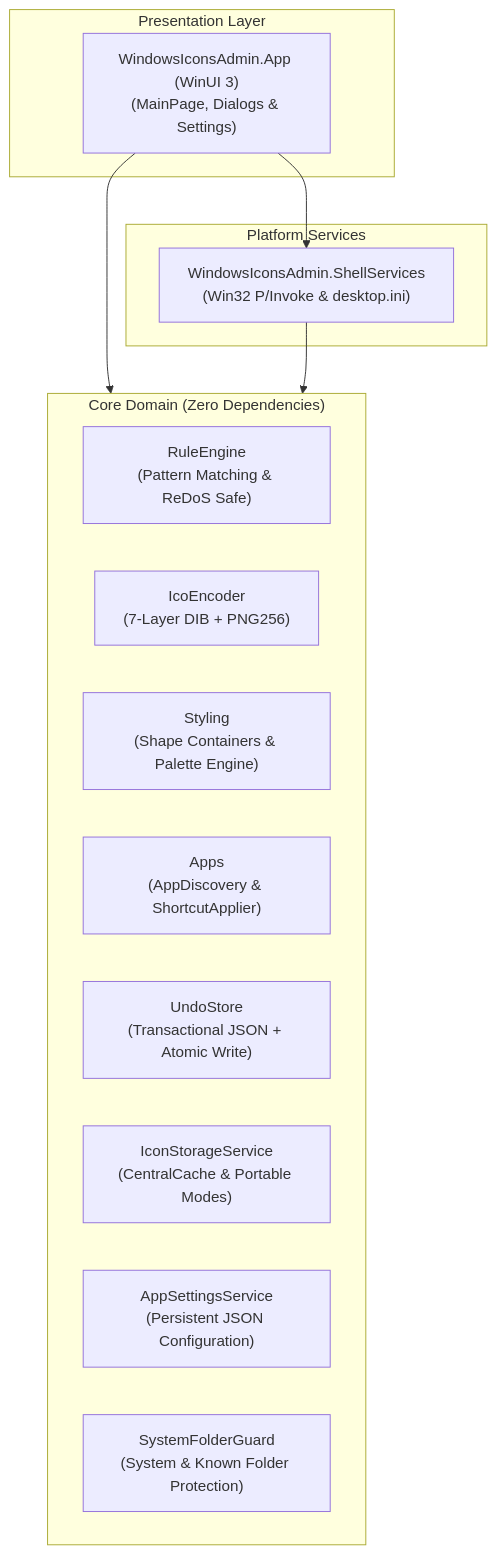
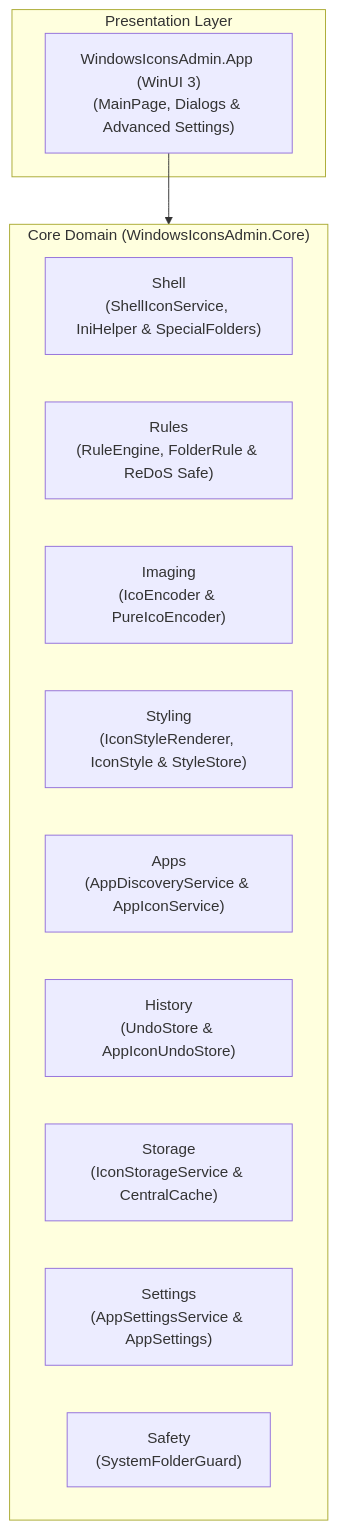
One commit to AnaCataVC/windows-icons-admin changed the diagram in README.md. Above: the diagram before and after it, drawn with Mermaid. The commit also changed other lines of this file and 2 other files, not shown here.

Commit message:
docs: sync bilingual architecture docs and agent guidelines

````diff
--- a/README.md
+++ b/README.md
@@ -44,25 +44,20 @@
 ```mermaid
 flowchart TD
     subgraph UI ["Presentation Layer"]
-        App["WindowsIconsAdmin.App (WinUI 3)<br/>(MainPage, Dialogs & Settings)"]
+        App["WindowsIconsAdmin.App (WinUI 3)<br/>(MainPage, Dialogs & Advanced Settings)"]
     end
 
-    subgraph Shell ["Platform Services"]
-        ShellSvc["WindowsIconsAdmin.ShellServices<br/>(Win32 P/Invoke & desktop.ini)"]
+    subgraph Core ["Core Domain (WindowsIconsAdmin.Core)"]
+        Shell["Shell<br/>(ShellIconService, IniHelper & SpecialFolders)"]
+        Rules["Rules<br/>(RuleEngine, FolderRule & ReDoS Safe)"]
+        Imaging["Imaging<br/>(IcoEncoder & PureIcoEncoder)"]
+        Styling["Styling<br/>(IconStyleRenderer, IconStyle & StyleStore)"]
+        Apps["Apps<br/>(AppDiscoveryService & AppIconService)"]
+        History["History<br/>(UndoStore & AppIconUndoStore)"]
+        Storage["Storage<br/>(IconStorageService & CentralCache)"]
+        Settings["Settings<br/>(AppSettingsService & AppSettings)"]
+        Safety["Safety<br/>(SystemFolderGuard)"]
     end
 
-    subgraph Core ["Core Domain (Zero Dependencies)"]
-        Rules["RuleEngine<br/>(Pattern Matching & ReDoS Safe)"]
-        Imaging["IcoEncoder<br/>(7-Layer DIB + PNG256)"]
-        Styling["Styling<br/>(Shape Containers & Palette Engine)"]
-        Apps["Apps<br/>(AppDiscovery & ShortcutApplier)"]
-        History["UndoStore<br/>(Transactional JSON + Atomic Write)"]
-        Storage["IconStorageService<br/>(CentralCache & Portable Modes)"]
-        Settings["AppSettingsService<br/>(Persistent JSON Configuration)"]
-        Safety["SystemFolderGuard<br/>(System & Known Folder Protection)"]
-    end
-
-    App --> ShellSvc
     App --> Core
-    ShellSvc --> Core
 ```
````
